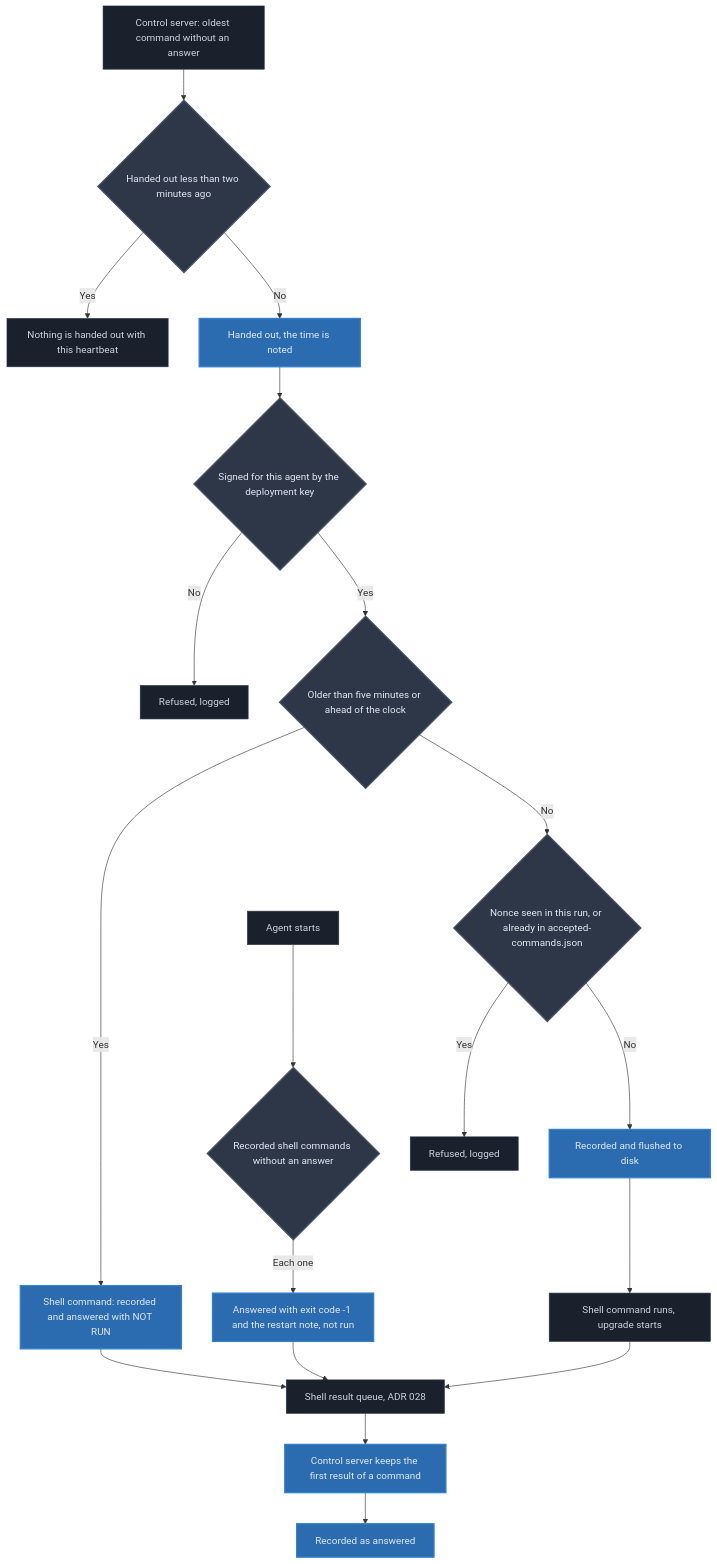
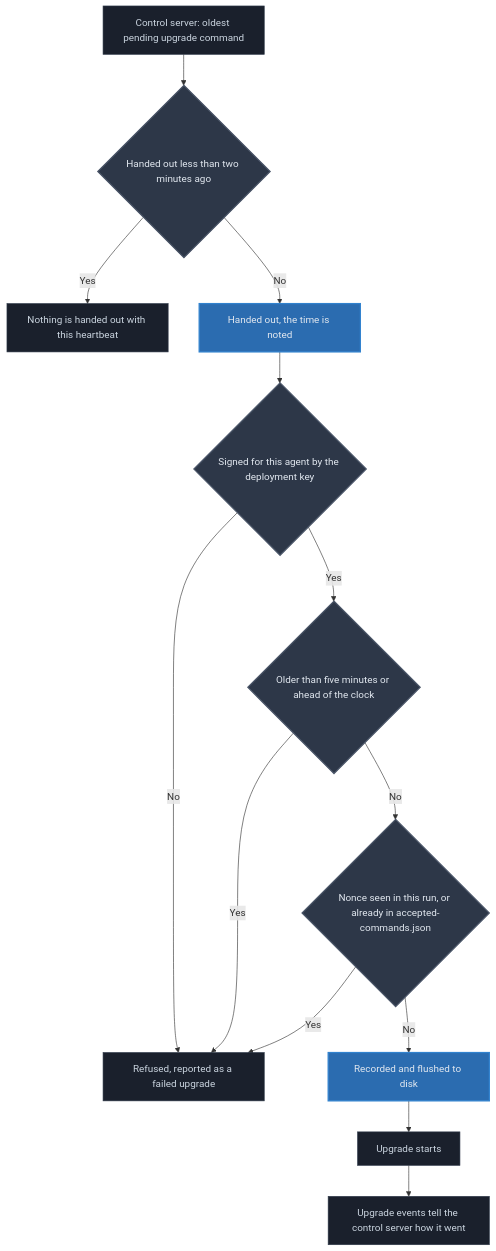
The diagram in docs/adr/029-signed-commands-run-once-across-agent-restarts.md (Auditware/zedr), drawn with Mermaid before and after one commit. The commit also changed other lines of this file and 57 other files, not shown here.

````diff
--- a/docs/adr/029-signed-commands-run-once-across-agent-restarts.md
+++ b/docs/adr/029-signed-commands-run-once-across-agent-restarts.md
@@ -55,29 +52,23 @@
 ```mermaid
 flowchart TB
-    S[Control server: oldest command without an answer] --> T{Handed out less than two minutes ago}
+    S[Control server: oldest pending upgrade command] --> T{Handed out less than two minutes ago}
     T -->|Yes| U[Nothing is handed out with this heartbeat]
     T -->|No| A[Handed out, the time is noted]
     A --> B{Signed for this agent by the deployment key}
-    B -->|No| C[Refused, logged]
+    B -->|No| C[Refused, reported as a failed upgrade]
     B -->|Yes| O{Older than five minutes or ahead of the clock}
-    O -->|Yes| N[Shell command: recorded and answered with NOT RUN]
-    N --> H
+    O -->|Yes| C
     O -->|No| D{Nonce seen in this run, or already in accepted-commands.json}
-    D -->|Yes| E[Refused, logged]
+    D -->|Yes| C
     D -->|No| F[Recorded and flushed to disk]
-    F --> G[Shell command runs, upgrade starts]
-    G --> H[Shell result queue, ADR 028]
-    H --> I[Control server keeps the first result of a command]
-    I --> J[Recorded as answered]
-    K[Agent starts] --> L{Recorded shell commands without an answer}
-    L -->|Each one| M[Answered with exit code -1 and the restart note, not run]
-    M --> H
+    F --> G[Upgrade starts]
+    G --> H[Upgrade events tell the control server how it went]
 
     classDef decision fill:#2d3748,stroke:#4a5568,stroke-width:2px,color:#e2e8f0
     classDef normal fill:#1a202c,stroke:#2d3748,stroke-width:1px,color:#cbd5e0
     classDef highlight fill:#2b6cb0,stroke:#3182ce,stroke-width:2px,color:#e2e8f0
 
-    class T,B,O,D,L decision
-    class S,U,C,E,G,H,K normal
-    class A,F,I,J,M,N highlight
+    class T,B,O,D decision
+    class S,U,C,G,H normal
+    class A,F highlight
 ```
````
